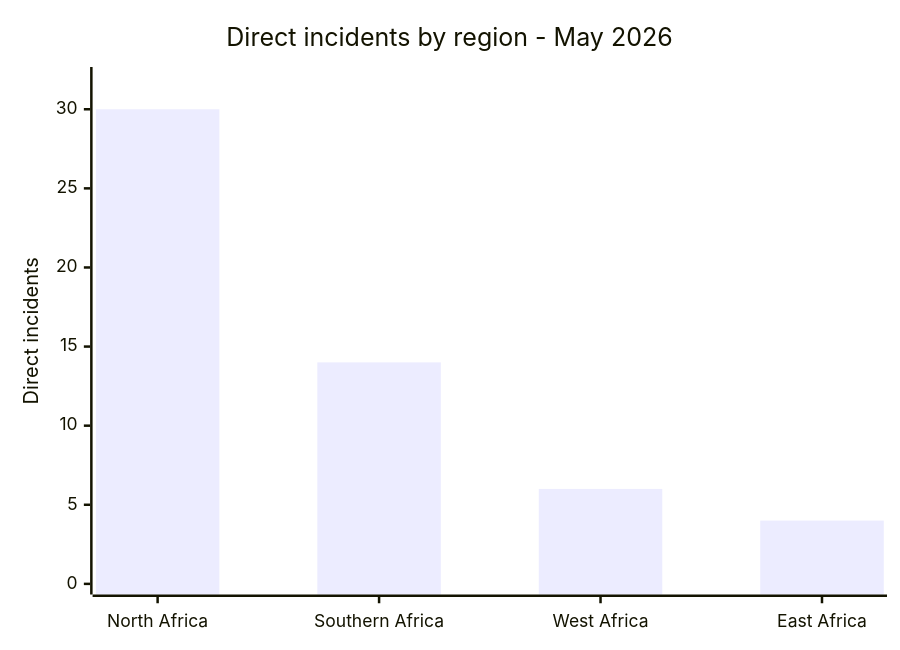
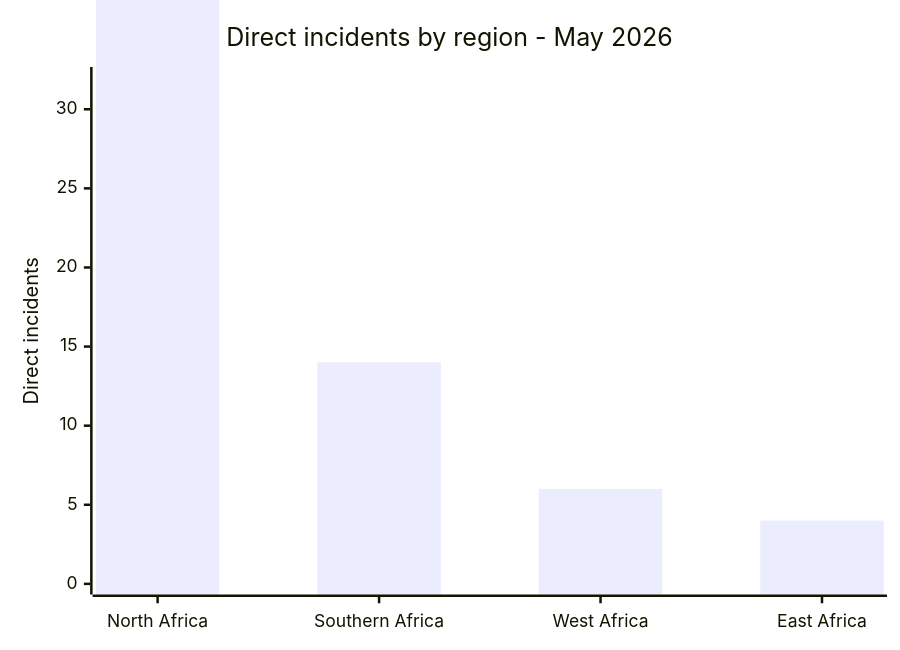
Before and after one commit to Hatchepsoute/AFRINTEL: the fifth of 7 diagrams in statistics/2026/05-may/README.md, drawn with Mermaid. The commit also changed other lines of this file and 48 other files, not shown here.

````diff
--- a/statistics/2026/05-may/README.md
+++ b/statistics/2026/05-may/README.md
@@ -176,7 +178,7 @@
 ```mermaid
 xychart
     title "Direct incidents by region - May 2026"
     x-axis ["North Africa","Southern Africa","West Africa","East Africa"]
     y-axis "Direct incidents" 0 --> 32
-    bar [30,14,6,4]
+    bar [76,14,6,4]
 ```
````
